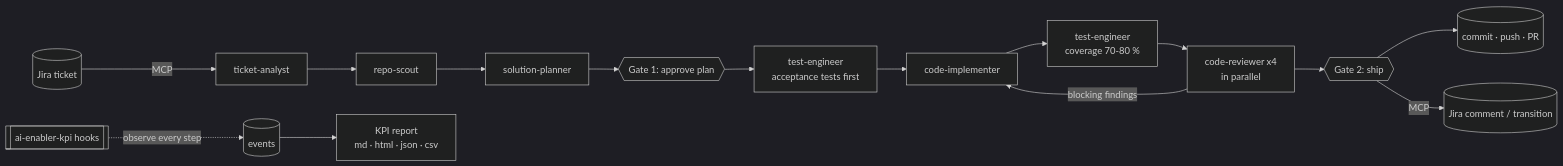
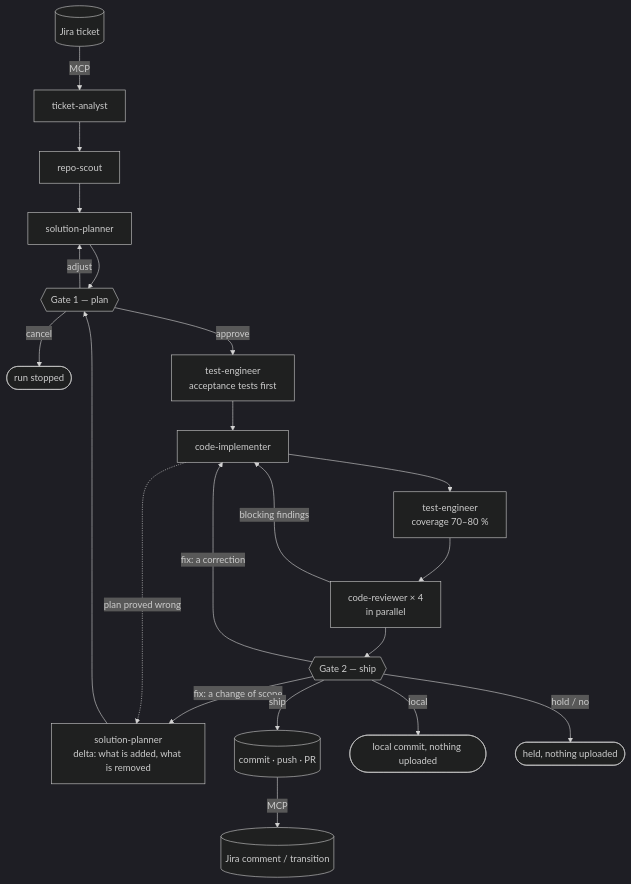
Before and after one commit to grananda/ai-enabler: the diagram in README.md, drawn with Mermaid (dark theme). The commit also changed other lines of this file and 11 other files, not shown here.

First line of the commit message:
feat(ai-enabler): deltas for changes to an approved plan, round limits per gate

````diff
--- a/README.md
+++ b/README.md
@@ -14,17 +14,23 @@
 ```mermaid
-flowchart LR
+flowchart TD
     J[(Jira ticket)] -->|MCP| A[ticket-analyst]
     A --> S[repo-scout]
     S --> P[solution-planner]
-    P --> G1{{Gate 1: approve plan}}
-    G1 --> AT[test-engineer<br/>acceptance tests first]
+    P --> G1{{"Gate 1 — plan"}}
+    G1 -->|adjust| P
+    G1 -->|cancel| X([run stopped])
+    G1 -->|approve| AT["test-engineer<br/>acceptance tests first"]
     AT --> I[code-implementer]
-    I --> T[test-engineer<br/>coverage 70-80 %]
-    T --> R[code-reviewer x4<br/>in parallel]
+    I --> T["test-engineer<br/>coverage 70–80 %"]
+    T --> R["code-reviewer × 4<br/>in parallel"]
     R -->|blocking findings| I
-    R --> G2{{Gate 2: ship}}
-    G2 --> PR[(commit · push · PR)]
-    G2 -->|MCP| JU[(Jira comment / transition)]
-    H[[ai-enabler-kpi hooks]] -. observe every step .-> K[(events)]
-    K --> REP[KPI report<br/>md · html · json · csv]
+    R --> G2{{"Gate 2 — ship"}}
+    G2 -->|"fix: a correction"| I
+    G2 -->|"fix: a change of scope"| DL["solution-planner<br/>delta: what is added, what is removed"]
+    I -.->|plan proved wrong| DL
+    DL --> G1
+    G2 -->|ship| PR[(commit · push · PR)]
+    PR -->|MCP| JU[(Jira comment / transition)]
+    G2 -->|local| LC([local commit, nothing uploaded])
+    G2 -->|"hold / no"| H([held, nothing uploaded])
 ```
````
